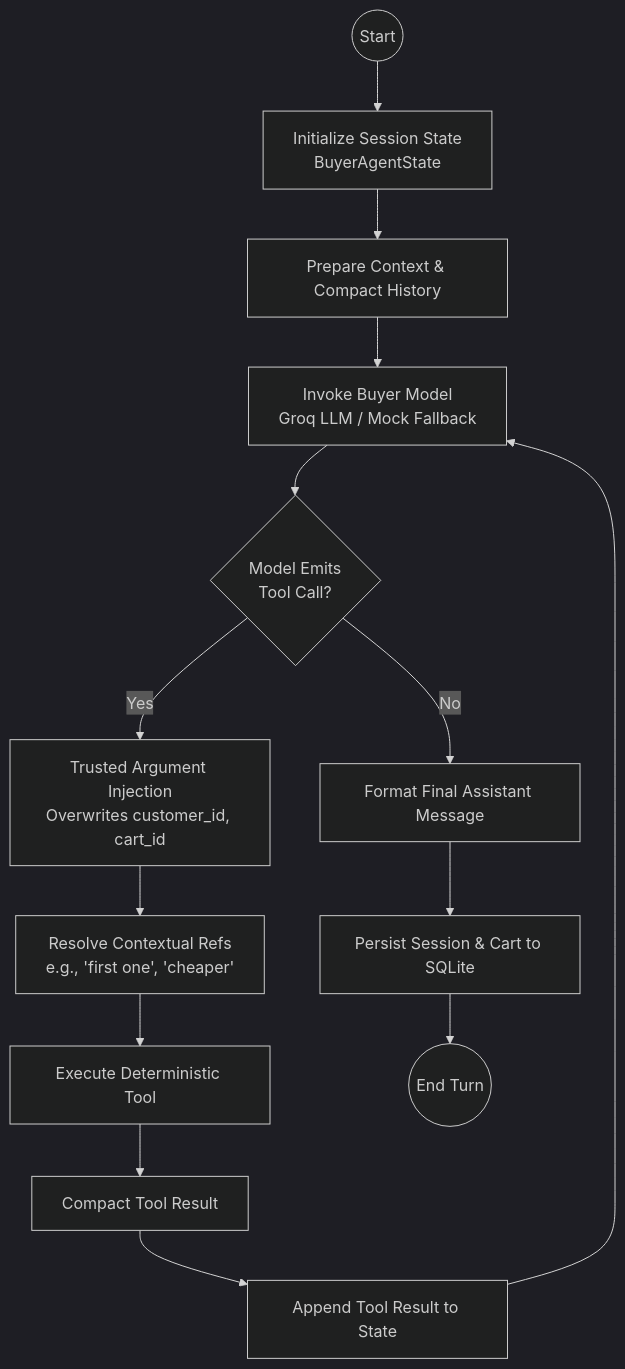
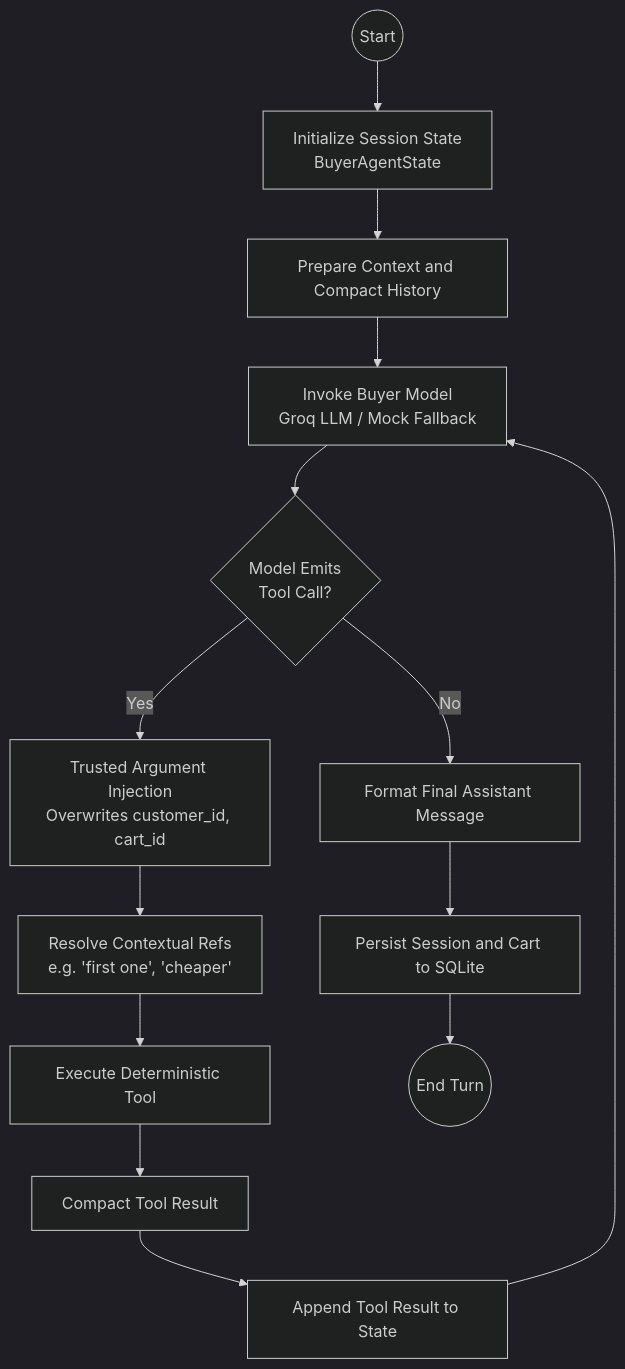
One commit to amaymishra1104/agentpay-ai changed the diagram in docs/agent-flow.md. Above: the diagram before and after it, drawn with Mermaid (dark theme). The commit also changed 5 other files, not shown here.

Commit message:
docs: polish architecture diagram and repository hygiene

````diff
--- a/docs/agent-flow.md
+++ b/docs/agent-flow.md
@@ -11,19 +11,19 @@
 ```mermaid
 flowchart TD
-    START((Start)) --> INIT[Initialize Session State\nBuyerAgentState]
-    INIT --> PREP[Prepare Context & Compact History]
-    PREP --> CALL_MODEL[Invoke Buyer Model\nGroq LLM / Mock Fallback]
+    START((Start)) --> INIT["Initialize Session State<br/>BuyerAgentState"]
+    INIT --> PREP["Prepare Context and Compact History"]
+    PREP --> CALL_MODEL["Invoke Buyer Model<br/>Groq LLM / Mock Fallback"]
     
-    CALL_MODEL --> HAS_TOOL{Model Emits\nTool Call?}
+    CALL_MODEL --> HAS_TOOL{"Model Emits<br/>Tool Call?"}
     
-    HAS_TOOL -->|Yes| INJECT_ARGS[Trusted Argument Injection\nOverwrites customer_id, cart_id]
-    INJECT_ARGS --> RESOLVE_REFS[Resolve Contextual Refs\ne.g., 'first one', 'cheaper']
-    RESOLVE_REFS --> RUN_TOOL[Execute Deterministic Tool]
-    RUN_TOOL --> COMPACT_RESULT[Compact Tool Result]
-    COMPACT_RESULT --> APPEND_STATE[Append Tool Result to State]
+    HAS_TOOL -->|Yes| INJECT_ARGS["Trusted Argument Injection<br/>Overwrites customer_id, cart_id"]
+    INJECT_ARGS --> RESOLVE_REFS["Resolve Contextual Refs<br/>e.g. 'first one', 'cheaper'"]
+    RESOLVE_REFS --> RUN_TOOL["Execute Deterministic Tool"]
+    RUN_TOOL --> COMPACT_RESULT["Compact Tool Result"]
+    COMPACT_RESULT --> APPEND_STATE["Append Tool Result to State"]
     APPEND_STATE --> CALL_MODEL
     
-    HAS_TOOL -->|No| FINAL_RESP[Format Final Assistant Message]
-    FINAL_RESP --> SYNC_SESSION[Persist Session & Cart to SQLite]
+    HAS_TOOL -->|No| FINAL_RESP["Format Final Assistant Message"]
+    FINAL_RESP --> SYNC_SESSION["Persist Session and Cart to SQLite"]
     SYNC_SESSION --> END_NODE((End Turn))
 ```
````
